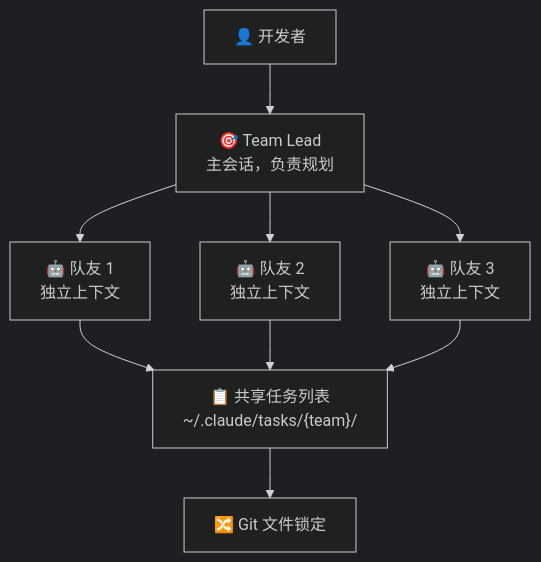
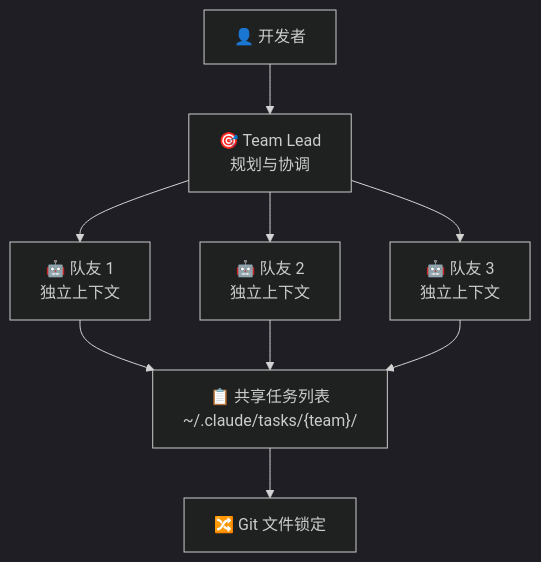
The diagram in content/blogs/zh/claude-code-agent-teams-opus-46-multi-agent-development.md (morphph/hot2content-init), drawn with Mermaid (dark theme) before and after one commit. The commit also changed other lines of this file and 1 other file, not shown here.

````diff
--- a/content/blogs/zh/claude-code-agent-teams-opus-46-multi-agent-development.md
+++ b/content/blogs/zh/claude-code-agent-teams-opus-46-multi-agent-development.md
@@ -54,13 +47,11 @@
 ```mermaid
 graph TD
-    Dev["👤 开发者"] --> Lead["🎯 Team Lead<br/>主会话，负责规划"]
+    Dev["👤 开发者"] --> Lead["🎯 Team Lead<br/>规划与协调"]
     Lead --> T1["🤖 队友 1<br/>独立上下文"]
     Lead --> T2["🤖 队友 2<br/>独立上下文"]
     Lead --> T3["🤖 队友 3<br/>独立上下文"]
-    
     T1 --> Tasks["📋 共享任务列表<br/>~/.claude/tasks/{team}/"]
     T2 --> Tasks
     T3 --> Tasks
-    
     Tasks --> Git["🔀 Git 文件锁定"]
 ```
````
